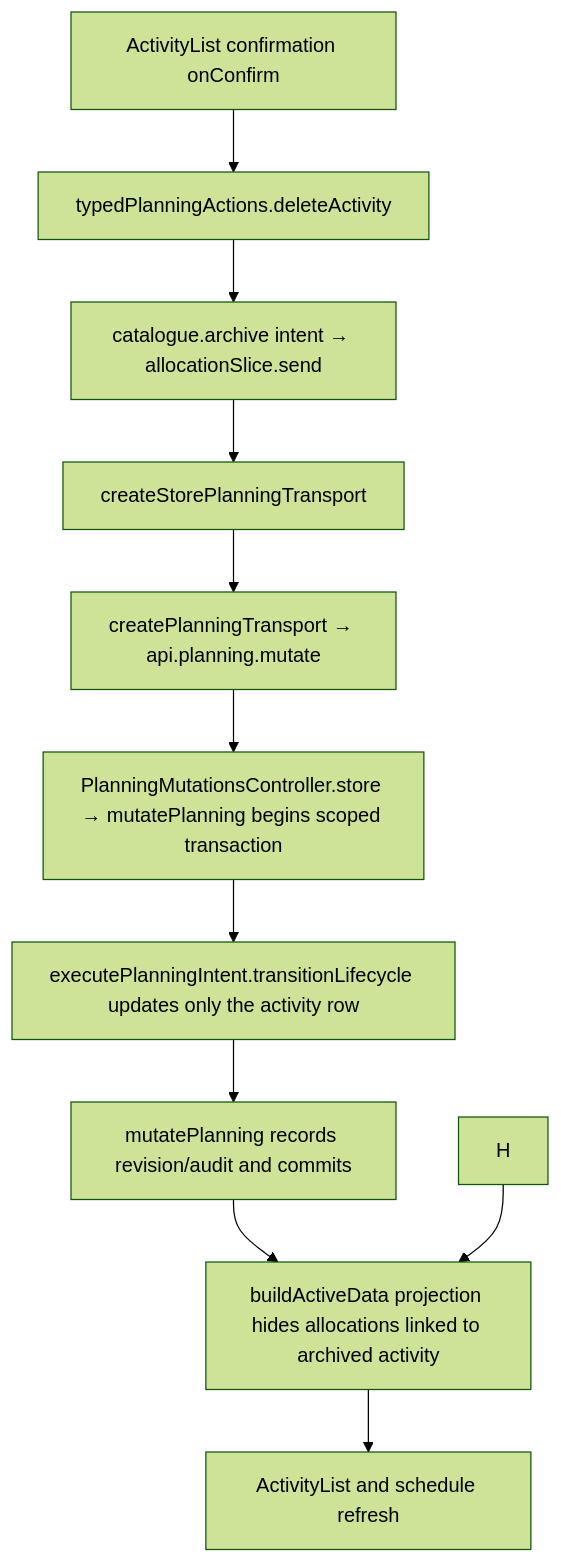
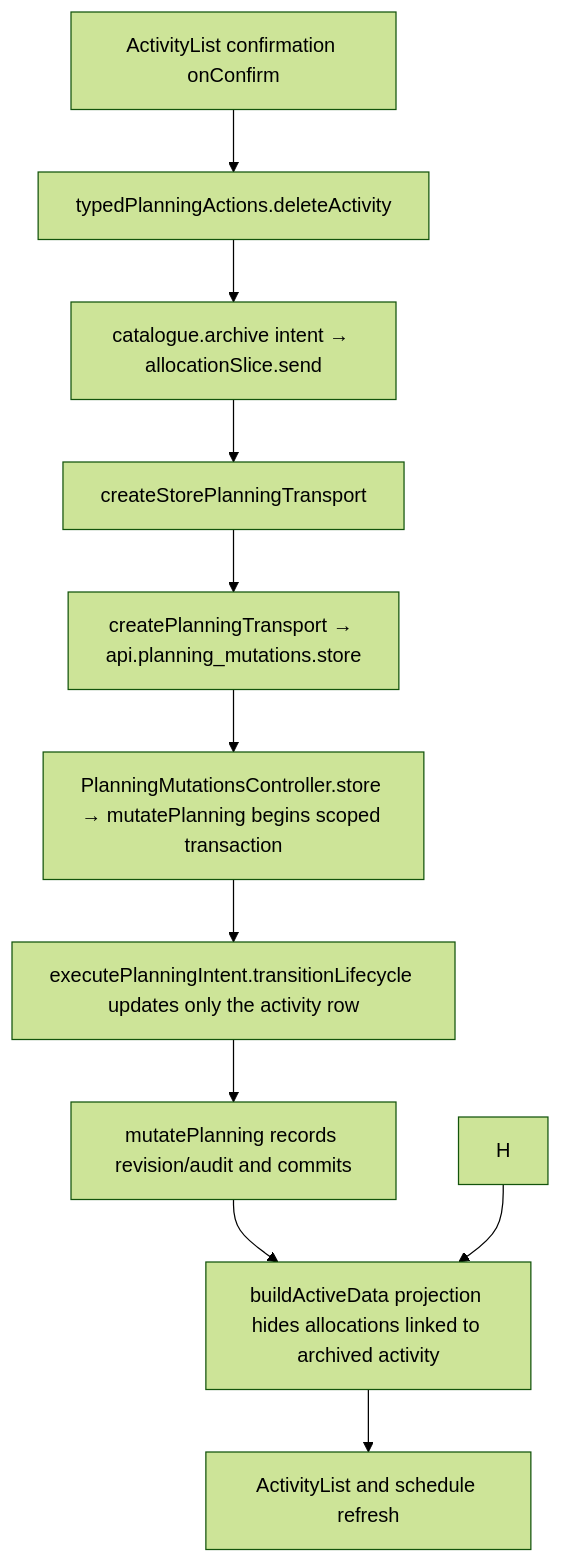
One commit to Kevinjohn/capacitylens changed the second of 2 diagrams in user-stories/activities/US-ACT-04-delete-activity-cascade.md. Above: the diagram before and after it, drawn with Mermaid (forest theme). The commit also changed 153 other files, not shown here.

````diff
--- a/user-stories/activities/US-ACT-04-delete-activity-cascade.md
+++ b/user-stories/activities/US-ACT-04-delete-activity-cascade.md
@@ -30,8 +30,8 @@
 ```mermaid
 flowchart TD
   A["ActivityList confirmation onConfirm"] --> B["typedPlanningActions.deleteActivity"] --> C["catalogue.archive intent → allocationSlice.send"]
   C --> D["createStorePlanningTransport"]
-  D --> E["createPlanningTransport → api.planning.mutate"] --> F["PlanningMutationsController.store → mutatePlanning begins scoped transaction"] --> G["executePlanningIntent.transitionLifecycle updates only the activity row"] --> K["mutatePlanning records revision/audit and commits"]
+  D --> E["createPlanningTransport → api.planning_mutations.store"] --> F["PlanningMutationsController.store → mutatePlanning begins scoped transaction"] --> G["executePlanningIntent.transitionLifecycle updates only the activity row"] --> K["mutatePlanning records revision/audit and commits"]
   K --> L["buildActiveData projection hides allocations linked to archived activity"] --> I["ActivityList and schedule refresh"]
   H --> L
 ```
````
